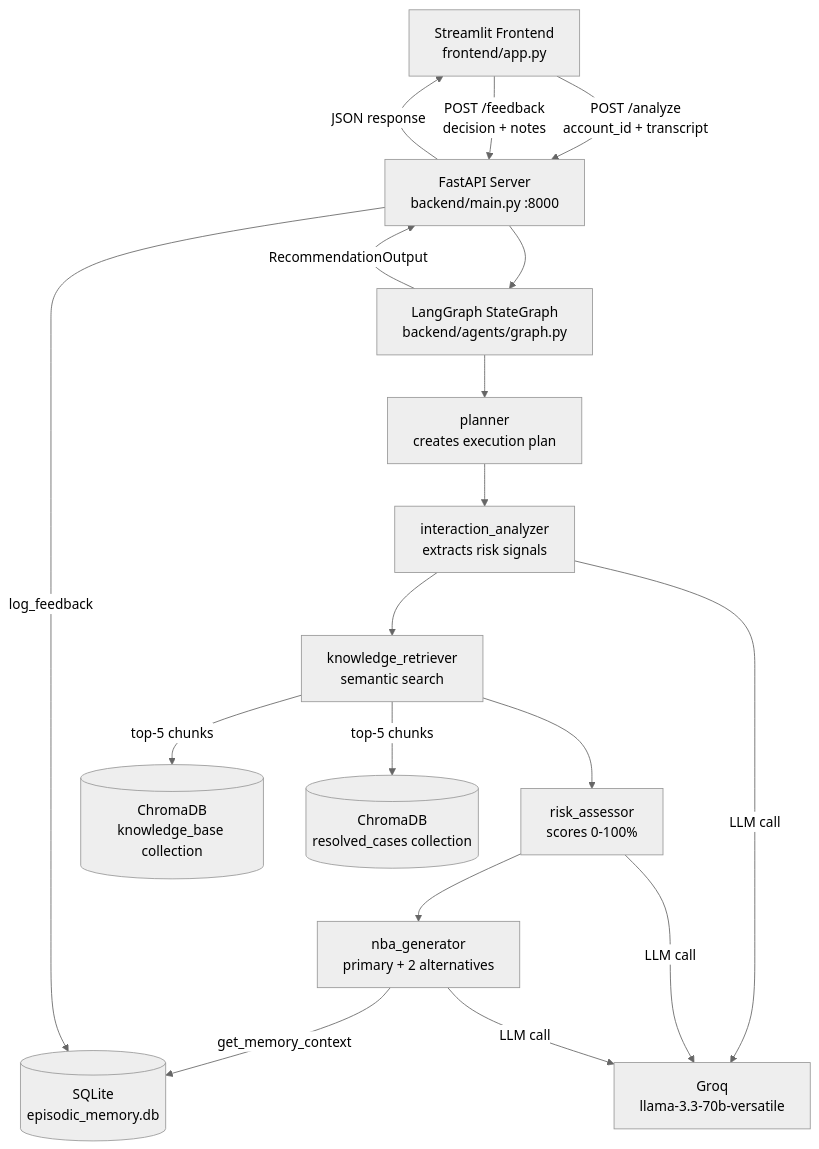
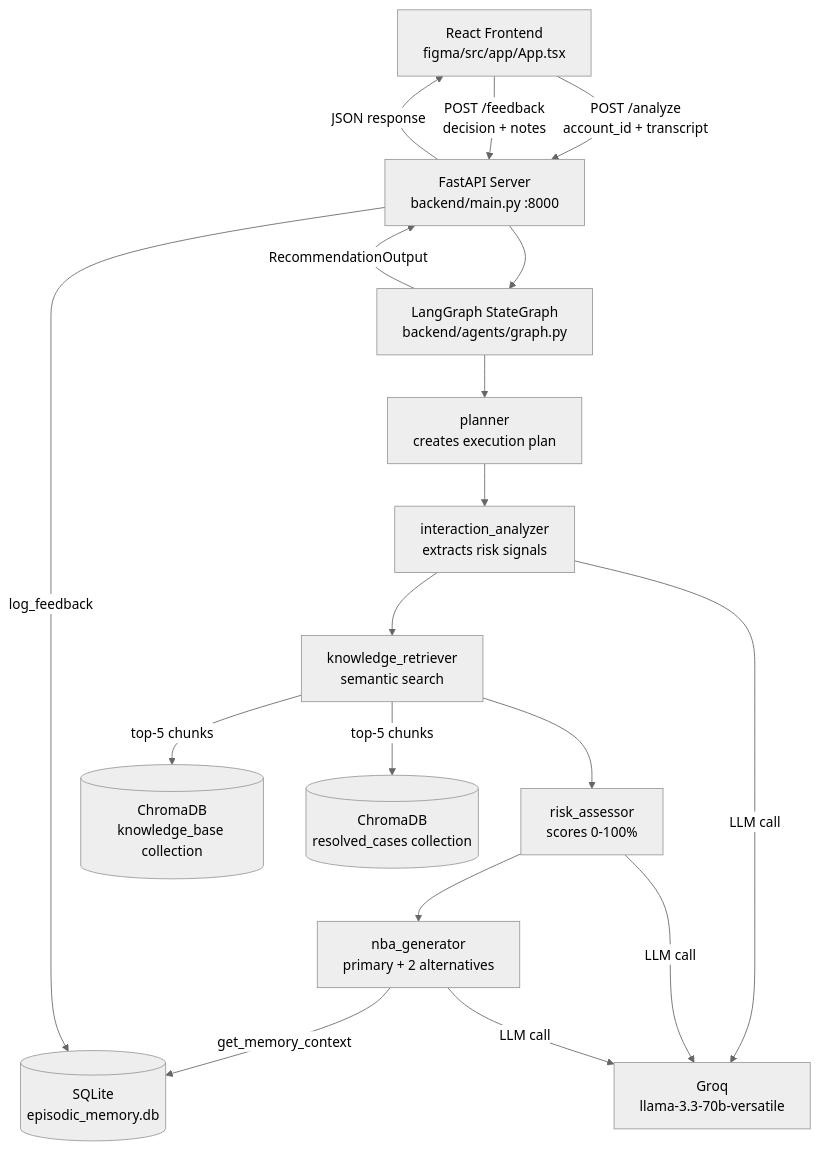
The diagram in docs/ARCHITECTURE.md (choppadandianuraag/Intelligent-Next-Best-Action-Platform), drawn with Mermaid (neutral theme) before and after one commit. The commit also changed other lines of this file and 24 other files, not shown here.

First line of the commit message:
Major upgrades: LLM-powered agents, React frontend, refined data & docs

````diff
--- a/docs/ARCHITECTURE.md
+++ b/docs/ARCHITECTURE.md
@@ -7,20 +7,20 @@
 ```mermaid
 graph TD
-    A[Streamlit Frontend<br/>frontend/app.py] -->|POST /analyze<br/>account_id + transcript| B[FastAPI Server<br/>backend/main.py :8000]
+    A[React Frontend<br/>figma/src/app/App.tsx] -->|POST /analyze<br/>account_id + transcript| B[FastAPI Server<br/>backend/main.py :8000]
     A -->|POST /feedback<br/>decision + notes| B
     B --> C[LangGraph StateGraph<br/>backend/agents/graph.py]
     C --> D[planner<br/>creates execution plan]
     D --> E[interaction_analyzer<br/>extracts risk signals]
     E --> F[knowledge_retriever<br/>semantic search]
     F --> G[risk_assessor<br/>scores 0-100%]
     G --> H[nba_generator<br/>primary + 2 alternatives]
     F -->|top-5 chunks| I[(ChromaDB<br/>knowledge_base collection)]
     F -->|top-5 chunks| J[(ChromaDB<br/>resolved_cases collection)]
     H -->|get_memory_context| K[(SQLite<br/>episodic_memory.db)]
     B -->|log_feedback| K
     E -->|LLM call| L[Groq<br/>llama-3.3-70b-versatile]
     G -->|LLM call| L
     H -->|LLM call| L
     C -->|RecommendationOutput| B
     B -->|JSON response| A
 ```
````
